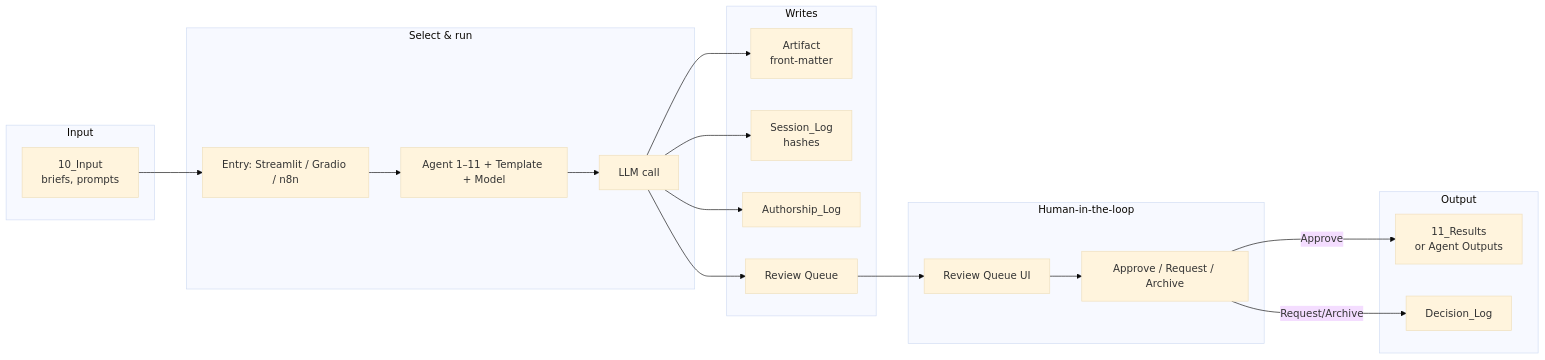
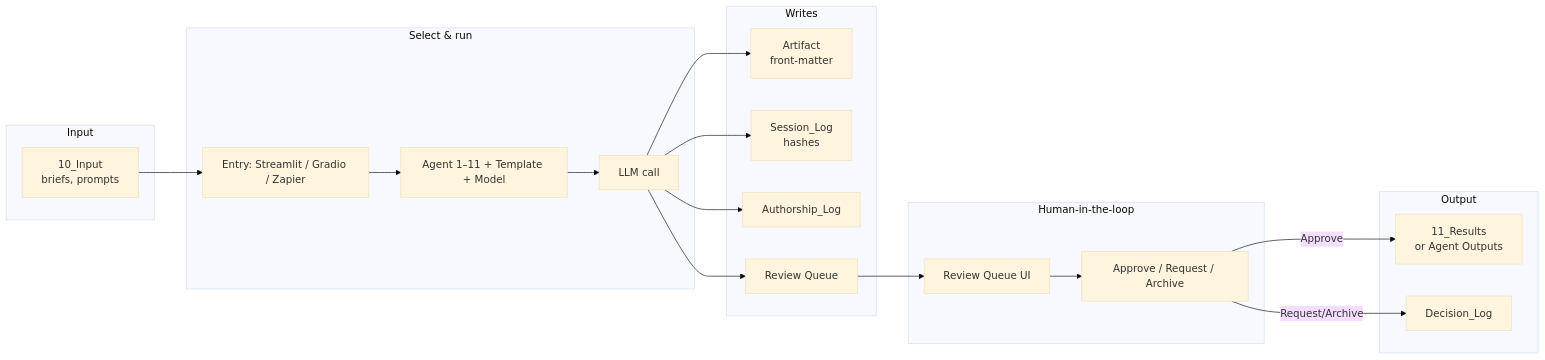
The second of 2 diagrams in 09_Operations/Agentic_Environment_Workflow_View.md (CyberVet13/Aegislab-doctoral-cyber-analytics), drawn with Mermaid (base theme) before and after one commit. The commit also changed other lines of this file and 77 other files, not shown here.

````diff
--- a/09_Operations/Agentic_Environment_Workflow_View.md
+++ b/09_Operations/Agentic_Environment_Workflow_View.md
@@ -100,38 +100,38 @@
 ```mermaid
 flowchart LR
     subgraph In["Input"]
         I[10_Input\nbriefs, prompts]
     end
 
     subgraph Select["Select & run"]
-        E[Entry: Streamlit / Gradio / n8n]
+        E[Entry: Streamlit / Gradio / Zapier]
         Ag[Agent 1–11 + Template + Model]
         Call[LLM call]
     end
 
     subgraph Write["Writes"]
         Art[Artifact\nfront-matter]
         Sess[Session_Log\nhashes]
         Auth[Authorship_Log]
         Q[Review Queue]
     end
 
     subgraph Review["Human-in-the-loop"]
         RQ[Review Queue UI]
         Act[Approve / Request / Archive]
     end
 
     subgraph Out["Output"]
         Res[11_Results\nor Agent Outputs]
         Dec[Decision_Log]
     end
 
     I --> E --> Ag --> Call
     Call --> Art
     Call --> Sess
     Call --> Auth
     Call --> Q
     Q --> RQ --> Act
     Act -->|Approve| Res
     Act -->|Request/Archive| Dec
 ```
````
